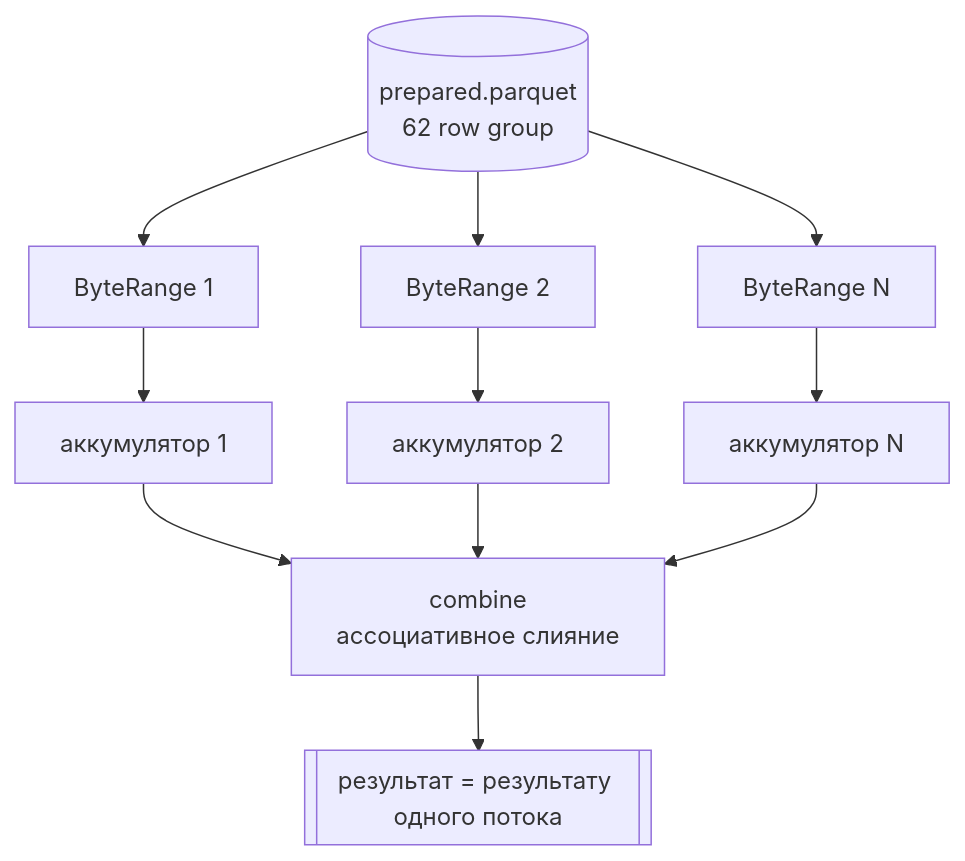
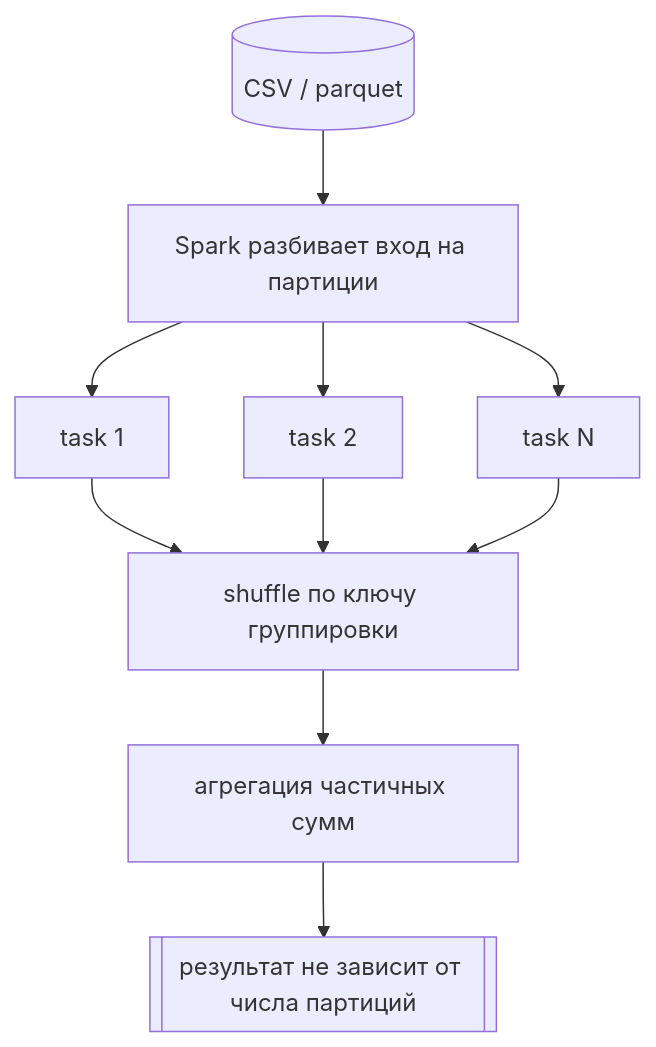
Before and after one commit to pochticeasar/data: the fourth of 4 diagrams in docs/ARCHITECTURE.md, drawn with Mermaid. The commit also changed other lines of this file and 78 other files, not shown here.

````diff
--- a/docs/ARCHITECTURE.md
+++ b/docs/ARCHITECTURE.md
@@ -206,11 +124,8 @@
 ```mermaid
 flowchart TB
-    PREP[("prepared.parquet<br/>62 row group")]
-    PREP --> R1["ByteRange 1"] --> A1["аккумулятор 1"]
-    PREP --> R2["ByteRange 2"] --> A2["аккумулятор 2"]
-    PREP --> RN["ByteRange N"] --> AN["аккумулятор N"]
-    A1 --> M["combine<br/>ассоциативное слияние"]
-    A2 --> M
-    AN --> M
-    M --> OUT[["результат = результату одного потока"]]
+    CSV[("CSV / parquet")] --> SP["Spark разбивает вход на партиции"]
+    SP --> T1["task 1"] & T2["task 2"] & TN["task N"]
+    T1 & T2 & TN --> SH["shuffle по ключу группировки"]
+    SH --> AG["агрегация частичных сумм"]
+    AG --> OUT[["результат не зависит от числа партиций"]]
 ```
````
